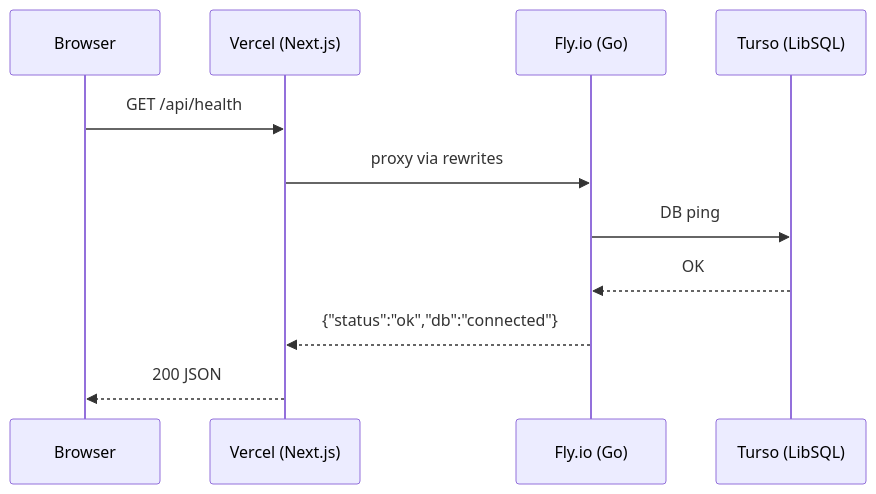
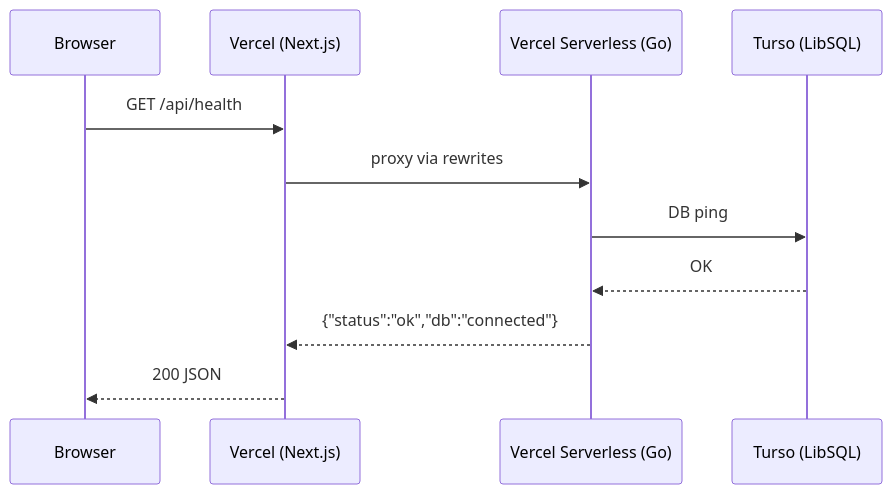
One commit to liyoclaw1242/whitelabel-admin changed the third of 3 diagrams in arch.md. Above: the diagram before and after it, drawn with Mermaid. The commit also changed other lines of this file and 3 other files, not shown here.

````diff
--- a/arch.md
+++ b/arch.md
@@ -77,14 +77,14 @@
 ```mermaid
 sequenceDiagram
   participant Browser
   participant Vercel as Vercel (Next.js)
-  participant Fly as Fly.io (Go)
+  participant Go as Vercel Serverless (Go)
   participant Turso as Turso (LibSQL)
 
   Browser->>Vercel: GET /api/health
-  Vercel->>Fly: proxy via rewrites
-  Fly->>Turso: DB ping
-  Turso-->>Fly: OK
-  Fly-->>Vercel: {"status":"ok","db":"connected"}
+  Vercel->>Go: proxy via rewrites
+  Go->>Turso: DB ping
+  Turso-->>Go: OK
+  Go-->>Vercel: {"status":"ok","db":"connected"}
   Vercel-->>Browser: 200 JSON
 ```
````
